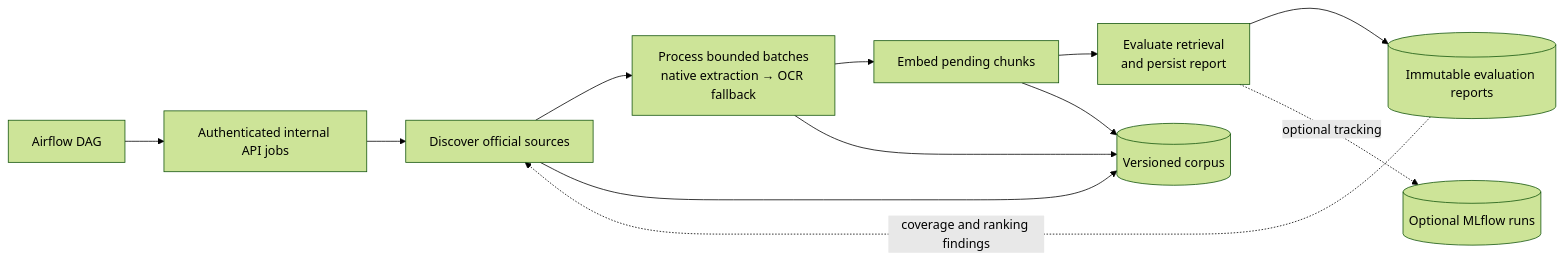
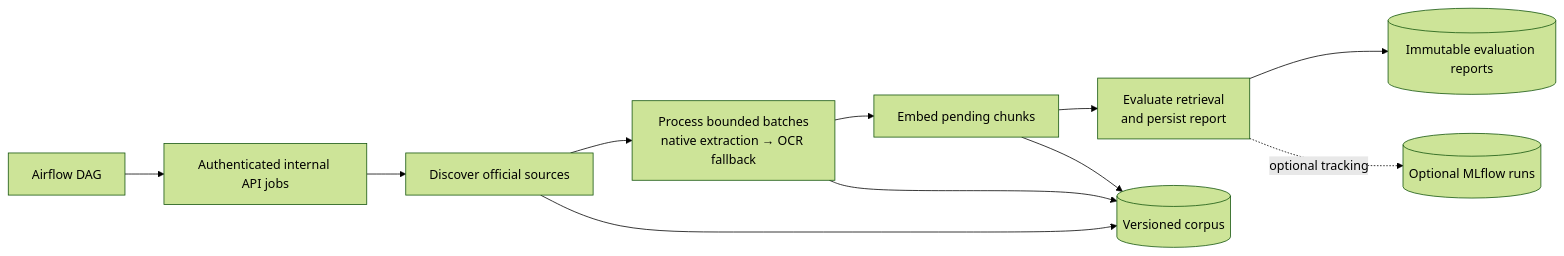
One commit to thaitri2005/TaxLens-AI changed the third of 3 diagrams in README.md. Above: the diagram before and after it, drawn with Mermaid (forest theme). The commit also changed other lines of this file and 6 other files, not shown here.

````diff
--- a/README.md
+++ b/README.md
@@ -121,21 +118,20 @@
 ```mermaid
 flowchart LR
     Airflow[Airflow DAG]
     Boundary[Authenticated internal API jobs]
     Discover[Discover official sources]
     Process[Process bounded batches<br/>native extraction → OCR fallback]
     Embed[Embed pending chunks]
     Evaluate[Evaluate retrieval<br/>and persist report]
     Corpus[(Versioned corpus)]
     Report[(Immutable evaluation reports)]
     MLflow[(Optional MLflow runs)]
 
     Airflow --> Boundary
     Boundary --> Discover --> Process --> Embed --> Evaluate
     Discover --> Corpus
     Process --> Corpus
     Embed --> Corpus
     Evaluate --> Report
     Evaluate -. optional tracking .-> MLflow
-    Report -. coverage and ranking findings .-> Discover
 ```
````
